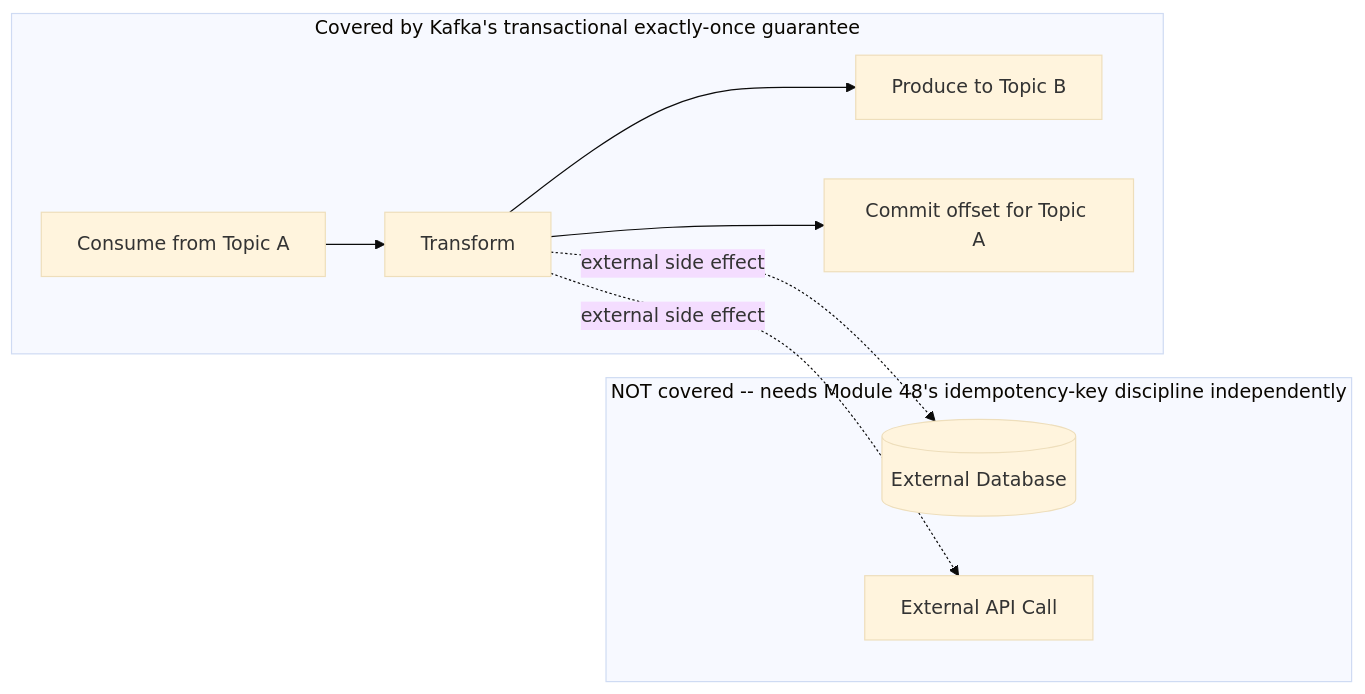
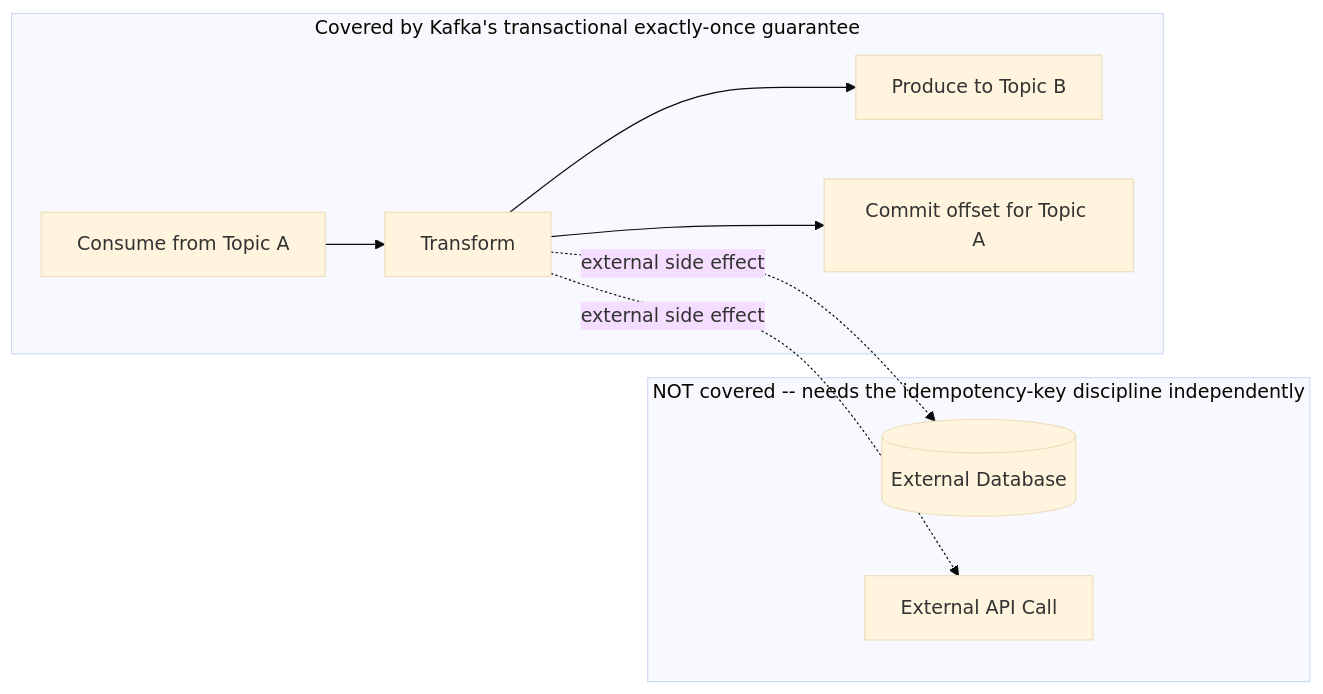
Before and after one commit to umashankarp/InterviewQuestions: the first of 2 diagrams in 19-Kafka/02-ExactlyOnce-Streams-LogCompaction.md, drawn with Mermaid (base theme). The commit also changed other lines of this file and 173 other files, not shown here.

````diff
--- a/19-Kafka/02-ExactlyOnce-Streams-LogCompaction.md
+++ b/19-Kafka/02-ExactlyOnce-Streams-LogCompaction.md
@@ -56,12 +56,12 @@
 ```mermaid
 graph LR
-    subgraph "Covered by Kafka's transactional exactly-once guarantee"
-        In[Consume from Topic A] --> Process[Transform]
-        Process --> Out[Produce to Topic B]
-        Process --> Commit[Commit offset for Topic A]
-    end
-    subgraph "NOT covered -- needs Module 48's idempotency-key discipline independently"
-        Process -.->|"external side effect"| ExtDB[(External Database)]
-        Process -.->|"external side effect"| ExtAPI[External API Call]
-    end
+ subgraph "Covered by Kafka's transactional exactly-once guarantee"
+ In[Consume from Topic A] --> Process[Transform]
+ Process --> Out[Produce to Topic B]
+ Process --> Commit[Commit offset for Topic A]
+ end
+ subgraph "NOT covered -- needs the idempotency-key discipline independently"
+ Process -.->|"external side effect"| ExtDB[(External Database)]
+ Process -.->|"external side effect"| ExtAPI[External API Call]
+ end
 ```
````
